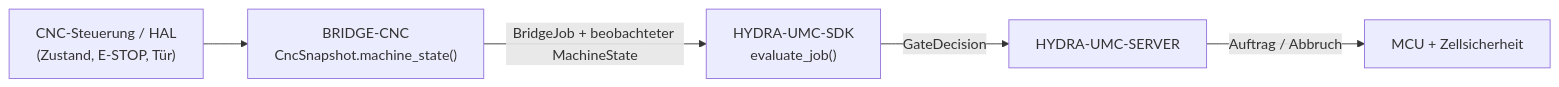
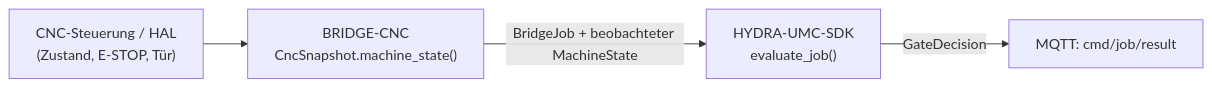
Before and after one commit to JuanenRac/HYDRA-UMC-BRIDGE-CNC: the diagram in README_deu.md, drawn with Mermaid. The commit also changed other lines of this file and 22 other files, not shown here.

````diff
--- a/README_deu.md
+++ b/README_deu.md
@@ -49,7 +50,6 @@
 ```mermaid
 flowchart LR
     CNC["CNC-Steuerung / HAL<br/>(Zustand, E-STOP, Tür)"] --> BRIDGE["BRIDGE-CNC<br/>CncSnapshot.machine_state()"]
     BRIDGE -- "BridgeJob + beobachteter MachineState" --> SDK["HYDRA-UMC-SDK<br/>evaluate_job()"]
-    SDK -- GateDecision --> SERVER["HYDRA-UMC-SERVER"]
-    SERVER -- "Auftrag / Abbruch" --> MCU["MCU + Zellsicherheit"]
+    SDK -- GateDecision --> RESULT["MQTT: cmd/job/result"]
 ```
````
